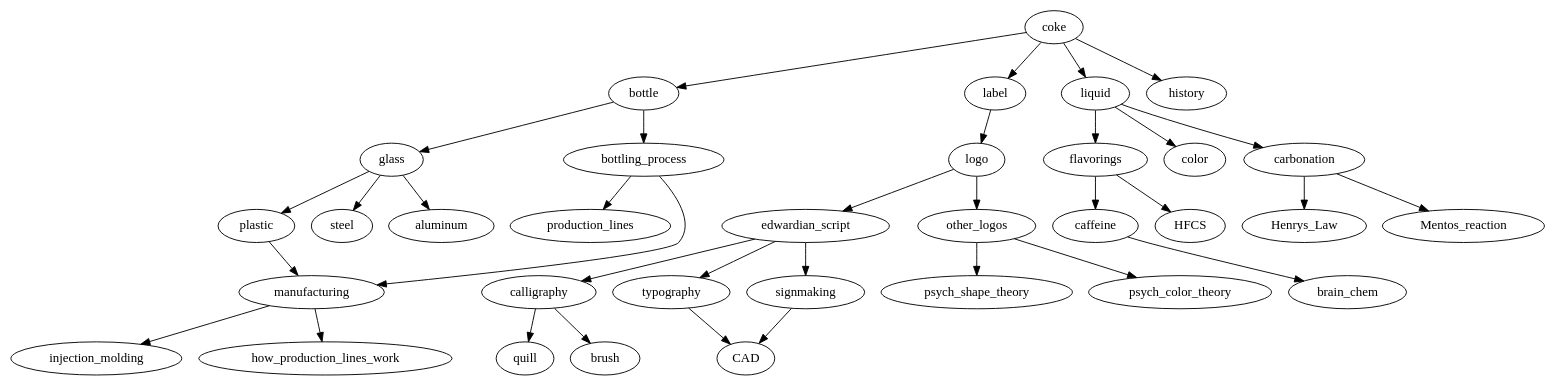
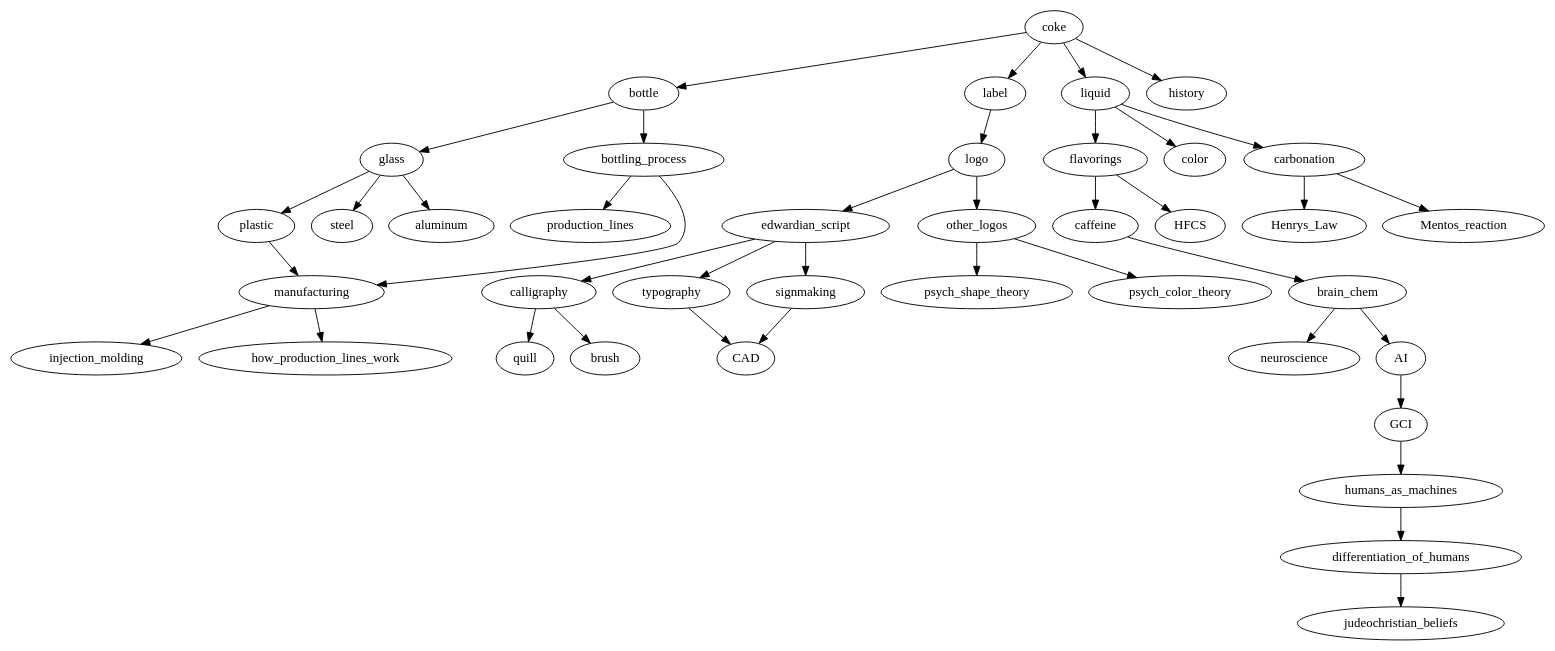
Before and after one commit to vinitlee/ufiles: the diagram in scienceofeverything.dot, drawn with Graphviz.

```diff
--- a/scienceofeverything.dot
+++ b/scienceofeverything.dot
@@ -1,51 +1,62 @@
 digraph coke {
     coke -> bottle
     coke -> label
     coke -> liquid
     coke -> history
-    
+
     bottle -> glass
     bottle -> bottling_process
 
     bottling_process -> production_lines
     bottling_process -> manufacturing
 
     glass -> plastic
     glass -> steel
     glass -> aluminum
 
     plastic -> manufacturing -> injection_molding
 
     manufacturing -> how_production_lines_work
 
     label -> logo
 
     logo -> edwardian_script
     logo -> other_logos
 
     edwardian_script -> calligraphy
     edwardian_script -> typography
     edwardian_script -> signmaking
 
     signmaking -> CAD
 
     typography -> CAD
 
     calligraphy -> quill
     calligraphy -> brush
 
     other_logos -> psych_shape_theory
     other_logos -> psych_color_theory
 
     liquid -> flavorings
     liquid -> color
     liquid -> carbonation
 
     carbonation -> Henrys_Law
     carbonation -> Mentos_reaction
 
     flavorings -> caffeine
     flavorings -> HFCS
 
     caffeine -> brain_chem
+
+    brain_chem -> neuroscience
+    brain_chem -> AI
+
+    AI -> GCI
+
+    GCI -> humans_as_machines
+
+    humans_as_machines -> differentiation_of_humans
+
+    differentiation_of_humans -> judeochristian_beliefs
 }
```
